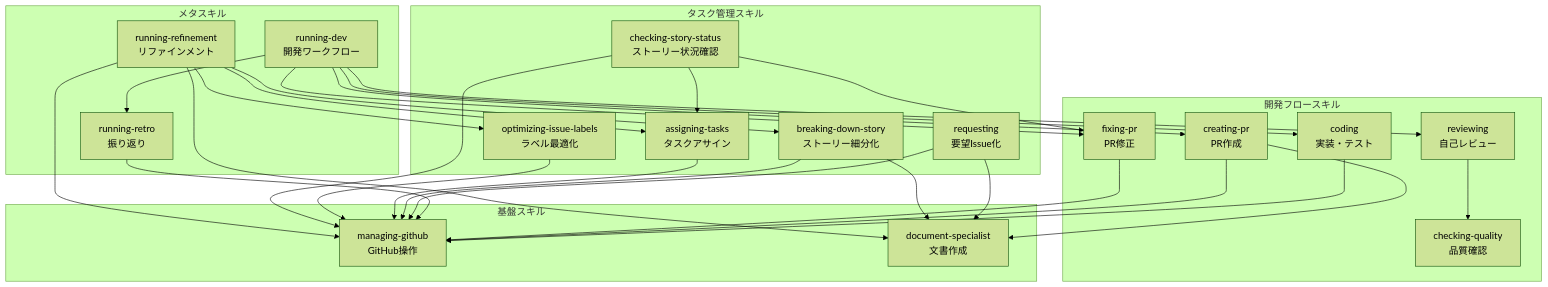
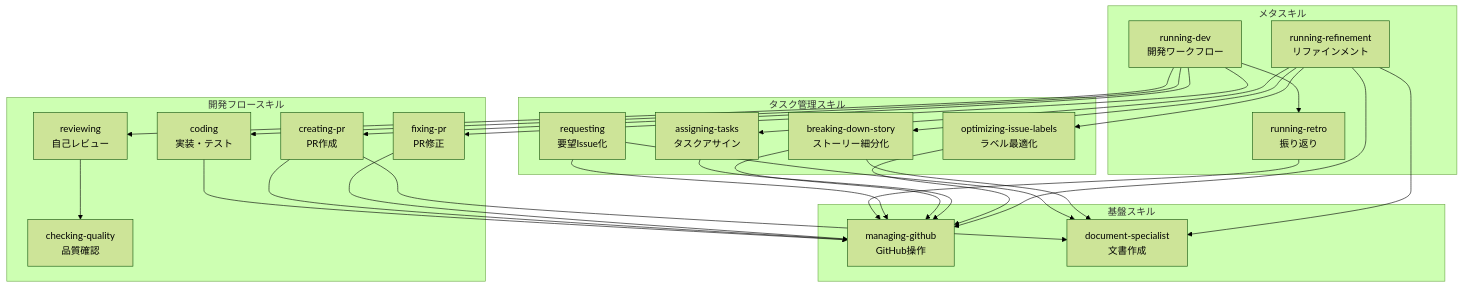
The first of 3 diagrams in docs/skill-workflow.md (canpok1/maze-runner), drawn with Mermaid (forest theme) before and after one commit. The commit also changed other lines of this file and 1 other file, not shown here.

First line of the commit message:
checking-story-statusスキルを削除 (#268) (#282)

````diff
--- a/docs/skill-workflow.md
+++ b/docs/skill-workflow.md
@@ -51,59 +50,54 @@
 ```mermaid
 graph TD
     subgraph "基盤スキル"
         MG[managing-github<br/>GitHub操作]
         DS[document-specialist<br/>文書作成]
     end
 
     subgraph "開発フロースキル"
         CD[coding<br/>実装・テスト]
         CQ[checking-quality<br/>品質確認]
         RV[reviewing<br/>自己レビュー]
         CP[creating-pr<br/>PR作成]
         FP[fixing-pr<br/>PR修正]
     end
 
     subgraph "タスク管理スキル"
         RQ[requesting<br/>要望Issue化]
         BD[breaking-down-story<br/>ストーリー細分化]
         AT[assigning-tasks<br/>タスクアサイン]
         OL[optimizing-issue-labels<br/>ラベル最適化]
-        CS[checking-story-status<br/>ストーリー状況確認]
     end
 
     subgraph "メタスキル"
         RD[running-dev<br/>開発ワークフロー]
         RF[running-refinement<br/>リファインメント]
         RT[running-retro<br/>振り返り]
     end
 
     CD --> MG
     RV --> CQ
     CP --> MG
     CP --> DS
     FP --> MG
     RT --> MG
 
     RQ --> MG
     RQ --> DS
     BD --> MG
     BD --> DS
     AT --> MG
     OL --> MG
-    CS --> MG
 
     RD --> CD
     RD --> RV
     RD --> CP
     RD --> FP
     RD --> RT
 
     RF --> OL
     RF --> BD
     RF --> AT
     RF --> MG
     RF --> DS
-
-    CS --> FP
-    CS --> AT
 ```
````
